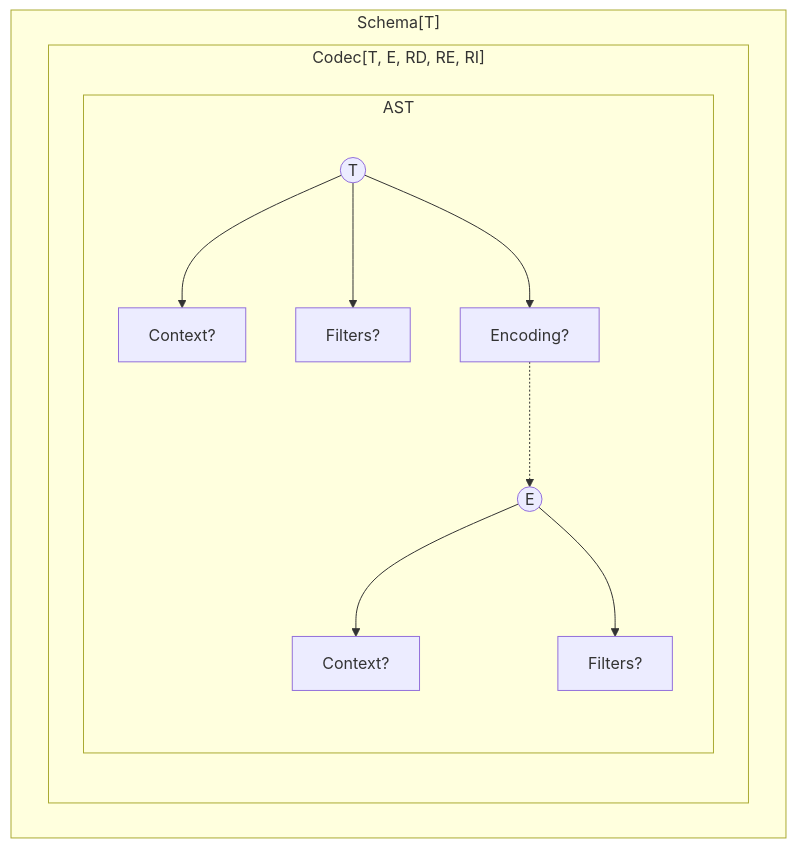
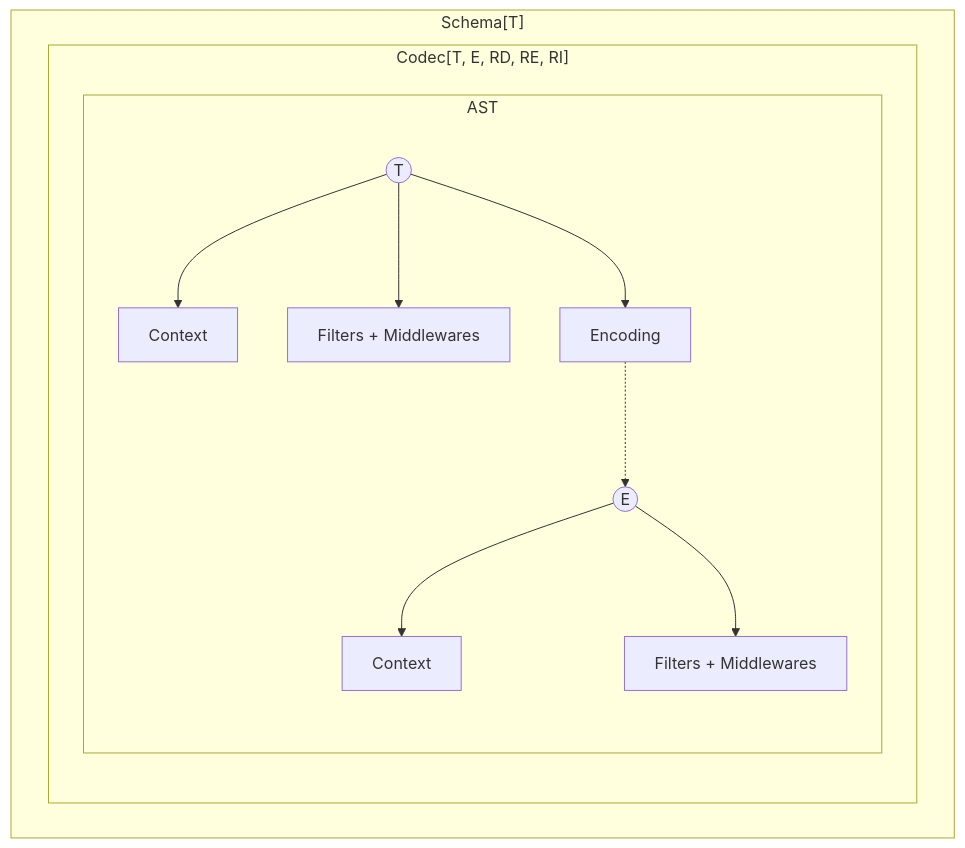
Before and after one commit to Effect-TS/effect-smol: the first of 2 diagrams in SCHEMA.md, drawn with Mermaid. The commit also changed other lines of this file and 18 other files, not shown here.

````diff
--- a/SCHEMA.md
+++ b/SCHEMA.md
@@ -7,20 +5,20 @@
 ```mermaid
 flowchart TD
   subgraph "Schema[T]"
   subgraph "Codec[T, E, RD, RE, RI]"
   subgraph AST
     T@{ shape: circle, label: "T" }
     E@{ shape: circle, label: "E" }
-    FiltersT[Filters?]
-    FiltersE[Filters?]
-    Encoding[Encoding?]
-    T --> TC[Context?]
-    T --> FiltersT
-    E --> EC[Context?]
-    E --> FiltersE
+    ModifiersT[Filters + Middlewares]
+    ModifiersE[Filters + Middlewares]
+    Encoding[Encoding]
+    T --> TC[Context]
+    T --> ModifiersT
+    E --> EC[Context]
+    E --> ModifiersE
     T --> Encoding
     Encoding .-> E
   end
   end
   end
 ```
````
